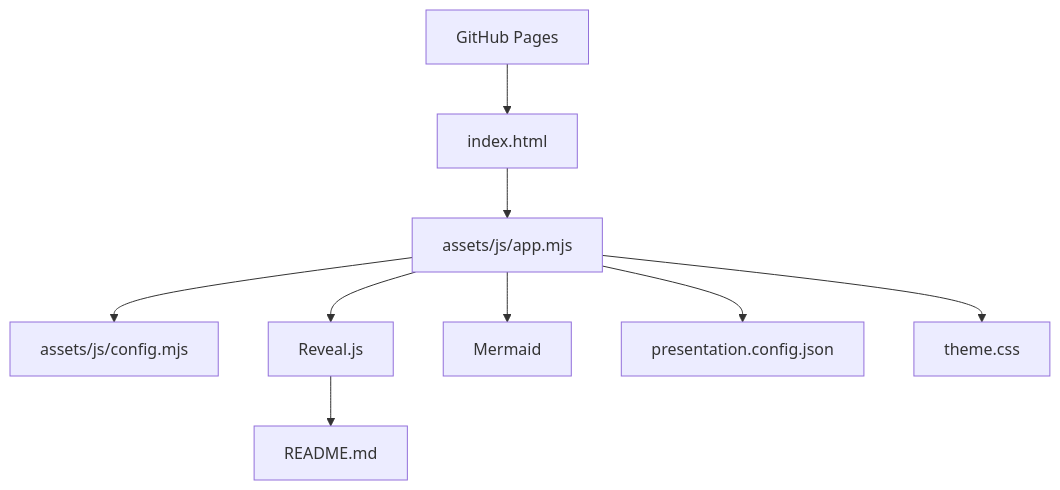
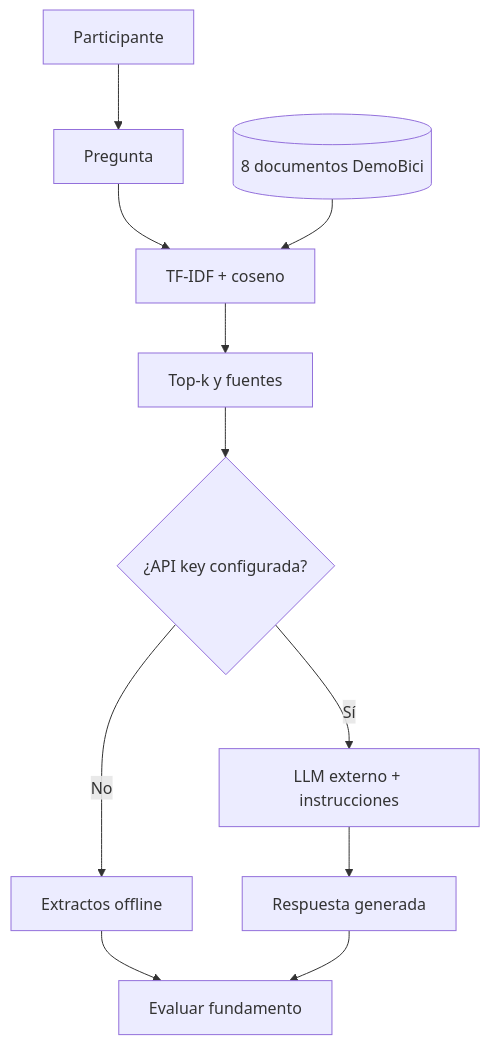
The fourth of 5 diagrams in README.md (jorgektch/tu-primer-sistema-rag), drawn with Mermaid before and after one commit. The commit also changed other lines of this file and 23 other files, not shown here.

````diff
--- a/README.md
+++ b/README.md
@@ -140,11 +242,13 @@
 ```mermaid
 flowchart TD
-    A["GitHub Pages"] --> B["index.html"]
-    B --> C["assets/js/app.mjs"]
-    C --> D["assets/js/config.mjs"]
-    C --> E["Reveal.js"]
-    E --> F["README.md"]
-    C --> G["Mermaid"]
-    C --> H["presentation.config.json"]
-    C --> I["theme.css"]
+ U["Participante"] --> P["Pregunta"]
+ P --> T["TF-IDF + coseno"]
+ K[("8 documentos DemoBici")] --> T
+ T --> C["Top-k y fuentes"]
+ C --> V{"¿API key configurada?"}
+ V -->|"No"| O["Extractos offline"]
+ V -->|"Sí"| L["LLM externo + instrucciones"]
+ L --> R["Respuesta generada"]
+ O --> E["Evaluar fundamento"]
+ R --> E
 ```
````
